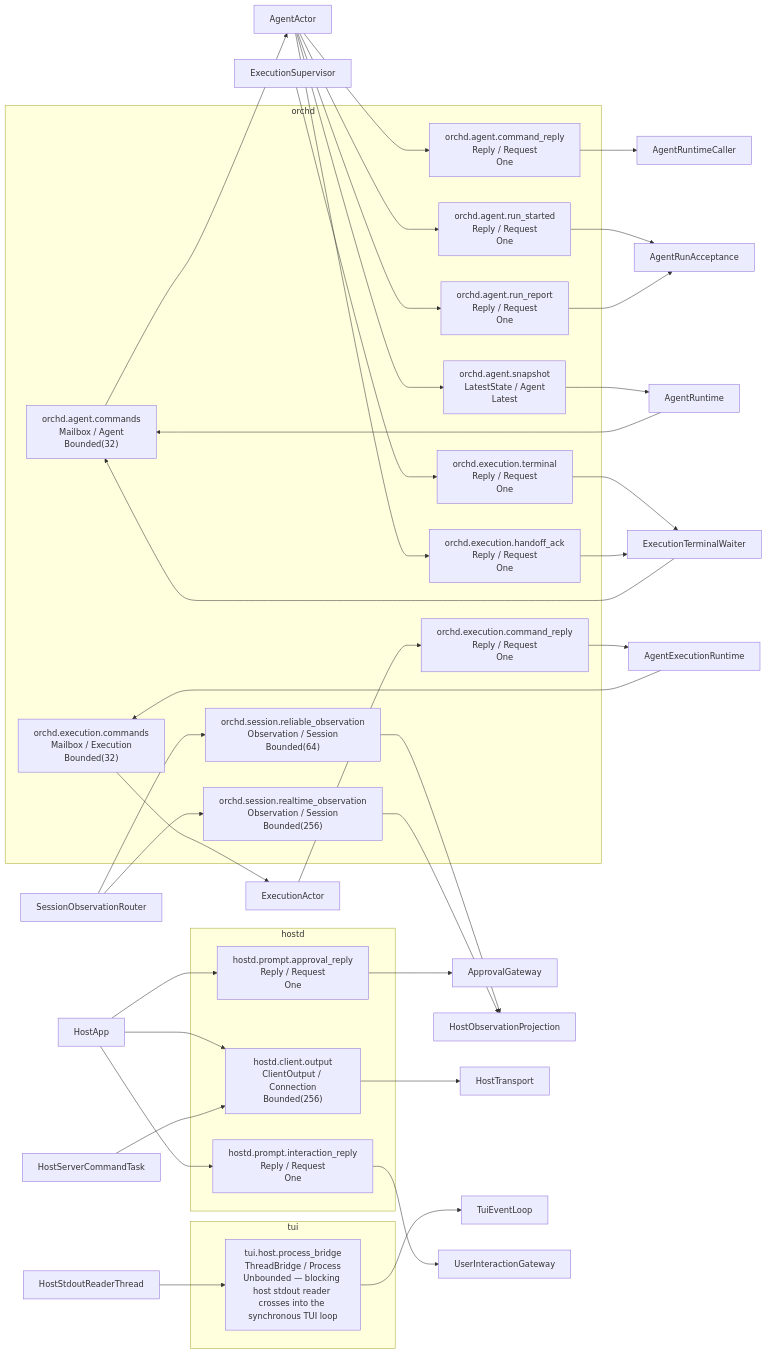
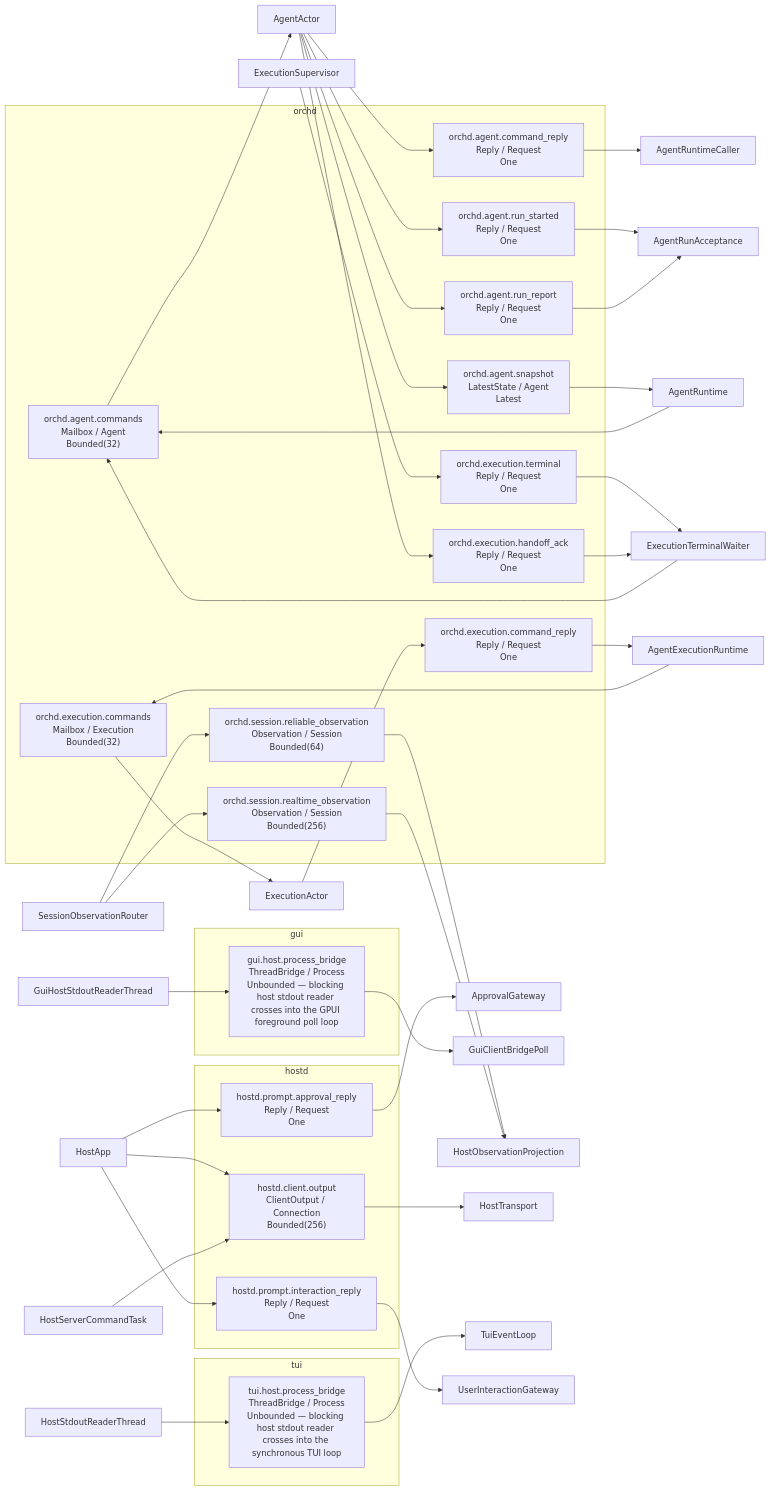
One commit to biuld/piko changed the diagram in docs/generated/communication-topology.md. Above: the diagram before and after it, drawn with Mermaid. The commit also changed 96 other files, not shown here.

First line of the commit message:
feat(client,gui): introduce client-core and GPUI-based gui packages

````diff
--- a/docs/generated/communication-topology.md
+++ b/docs/generated/communication-topology.md
@@ -5,73 +5,80 @@
 ```mermaid
 flowchart LR
+    subgraph gui["gui"]
+        ngui_host_process_bridge["gui.host.process_bridge<br/>ThreadBridge / Process<br/>Unbounded — blocking host stdout reader crosses into the GPUI foreground poll loop"]
+    end
     subgraph hostd["hostd"]
         nhostd_prompt_approval_reply["hostd.prompt.approval_reply<br/>Reply / Request<br/>One"]
         nhostd_prompt_interaction_reply["hostd.prompt.interaction_reply<br/>Reply / Request<br/>One"]
         nhostd_client_output["hostd.client.output<br/>ClientOutput / Connection<br/>Bounded(256)"]
     end
     subgraph orchd["orchd"]
         norchd_agent_commands["orchd.agent.commands<br/>Mailbox / Agent<br/>Bounded(32)"]
         norchd_agent_command_reply["orchd.agent.command_reply<br/>Reply / Request<br/>One"]
         norchd_agent_run_started["orchd.agent.run_started<br/>Reply / Request<br/>One"]
         norchd_agent_run_report["orchd.agent.run_report<br/>Reply / Request<br/>One"]
         norchd_agent_snapshot["orchd.agent.snapshot<br/>LatestState / Agent<br/>Latest"]
         norchd_execution_commands["orchd.execution.commands<br/>Mailbox / Execution<br/>Bounded(32)"]
         norchd_execution_command_reply["orchd.execution.command_reply<br/>Reply / Request<br/>One"]
         norchd_execution_terminal["orchd.execution.terminal<br/>Reply / Request<br/>One"]
         norchd_execution_handoff_ack["orchd.execution.handoff_ack<br/>Reply / Request<br/>One"]
         norchd_session_reliable_observation["orchd.session.reliable_observation<br/>Observation / Session<br/>Bounded(64)"]
         norchd_session_realtime_observation["orchd.session.realtime_observation<br/>Observation / Session<br/>Bounded(256)"]
     end
     subgraph tui["tui"]
         ntui_host_process_bridge["tui.host.process_bridge<br/>ThreadBridge / Process<br/>Unbounded — blocking host stdout reader crosses into the synchronous TUI loop"]
     end
     ncomponent_AgentActor["AgentActor"]
     ncomponent_AgentExecutionRuntime["AgentExecutionRuntime"]
     ncomponent_AgentRunAcceptance["AgentRunAcceptance"]
     ncomponent_AgentRuntime["AgentRuntime"]
     ncomponent_AgentRuntimeCaller["AgentRuntimeCaller"]
     ncomponent_ApprovalGateway["ApprovalGateway"]
     ncomponent_ExecutionActor["ExecutionActor"]
     ncomponent_ExecutionSupervisor["ExecutionSupervisor"]
     ncomponent_ExecutionTerminalWaiter["ExecutionTerminalWaiter"]
+    ncomponent_GuiClientBridgePoll["GuiClientBridgePoll"]
+    ncomponent_GuiHostStdoutReaderThread["GuiHostStdoutReaderThread"]
     ncomponent_HostApp["HostApp"]
     ncomponent_HostObservationProjection["HostObservationProjection"]
     ncomponent_HostServerCommandTask["HostServerCommandTask"]
     ncomponent_HostStdoutReaderThread["HostStdoutReaderThread"]
     ncomponent_HostTransport["HostTransport"]
     ncomponent_SessionObservationRouter["SessionObservationRouter"]
     ncomponent_TuiEventLoop["TuiEventLoop"]
     ncomponent_UserInteractionGateway["UserInteractionGateway"]
     ncomponent_AgentRuntime --> norchd_agent_commands
     ncomponent_ExecutionTerminalWaiter --> norchd_agent_commands
     norchd_agent_commands --> ncomponent_AgentActor
     ncomponent_AgentActor --> norchd_agent_command_reply
     norchd_agent_command_reply --> ncomponent_AgentRuntimeCaller
     ncomponent_AgentActor --> norchd_agent_run_started
     norchd_agent_run_started --> ncomponent_AgentRunAcceptance
     ncomponent_AgentActor --> norchd_agent_run_report
     norchd_agent_run_report --> ncomponent_AgentRunAcceptance
     ncomponent_AgentActor --> norchd_agent_snapshot
     norchd_agent_snapshot --> ncomponent_AgentRuntime
     ncomponent_AgentExecutionRuntime --> norchd_execution_commands
     norchd_execution_commands --> ncomponent_ExecutionActor
     ncomponent_ExecutionActor --> norchd_execution_command_reply
     norchd_execution_command_reply --> ncomponent_AgentExecutionRuntime
     ncomponent_ExecutionSupervisor --> norchd_execution_terminal
     norchd_execution_terminal --> ncomponent_ExecutionTerminalWaiter
     ncomponent_AgentActor --> norchd_execution_handoff_ack
     norchd_execution_handoff_ack --> ncomponent_ExecutionTerminalWaiter
     ncomponent_SessionObservationRouter --> norchd_session_reliable_observation
     norchd_session_reliable_observation --> ncomponent_HostObservationProjection
     ncomponent_SessionObservationRouter --> norchd_session_realtime_observation
     norchd_session_realtime_observation --> ncomponent_HostObservationProjection
     ncomponent_HostApp --> nhostd_prompt_approval_reply
     nhostd_prompt_approval_reply --> ncomponent_ApprovalGateway
     ncomponent_HostApp --> nhostd_prompt_interaction_reply
     nhostd_prompt_interaction_reply --> ncomponent_UserInteractionGateway
     ncomponent_HostStdoutReaderThread --> ntui_host_process_bridge
     ntui_host_process_bridge --> ncomponent_TuiEventLoop
+    ncomponent_GuiHostStdoutReaderThread --> ngui_host_process_bridge
+    ngui_host_process_bridge --> ncomponent_GuiClientBridgePoll
     ncomponent_HostApp --> nhostd_client_output
     ncomponent_HostServerCommandTask --> nhostd_client_output
     nhostd_client_output --> ncomponent_HostTransport
 ```
````
